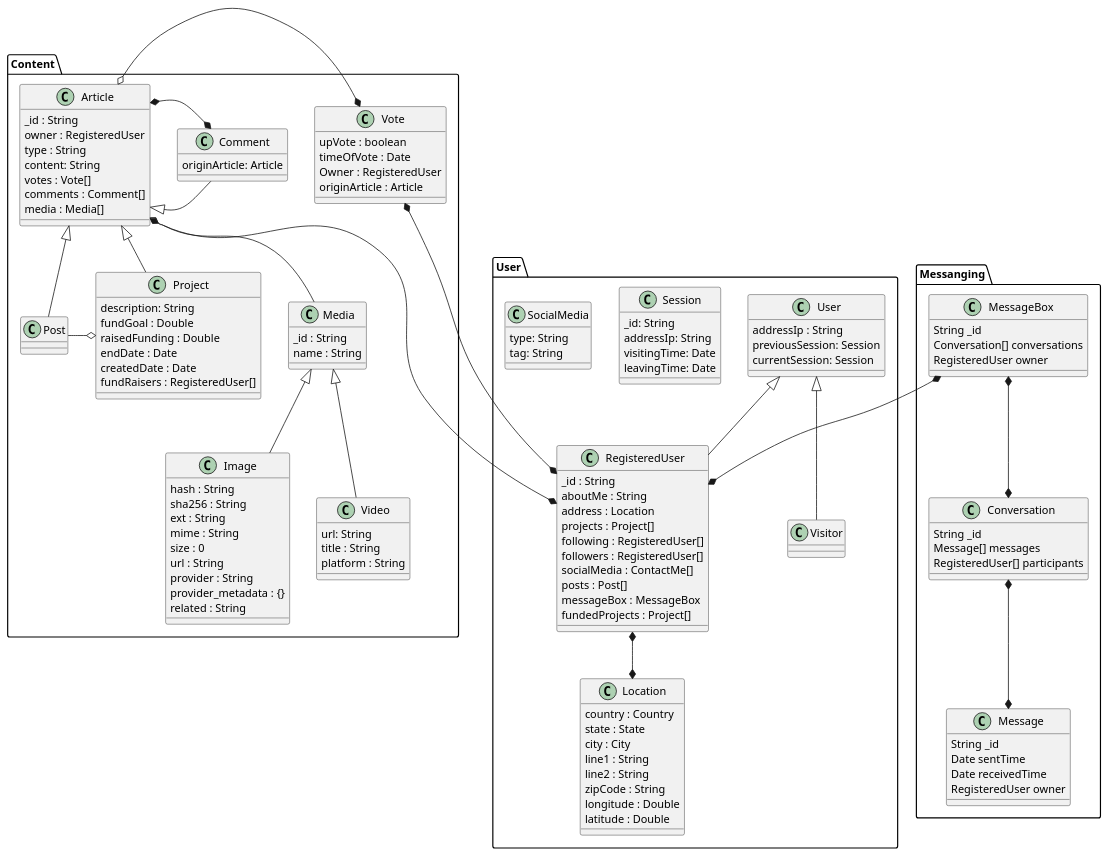
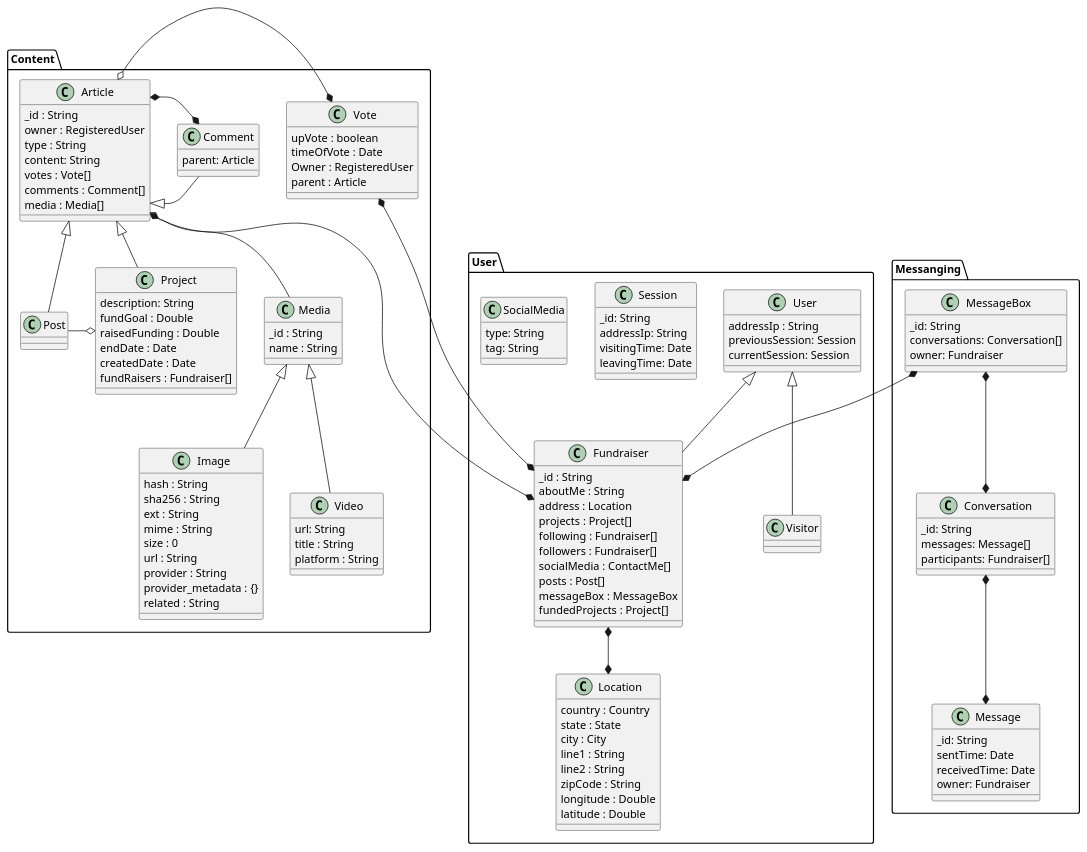
The diagram in Conception/Diagrams/plantUml/Class Diagrams/User.puml (mlnomadpy/Sahem), drawn with PlantUML before and after one commit. The commit also changed 30 other files, not shown here.

Commit message:
exported diagrams in out/conception

```diff
--- a/Conception/Diagrams/plantUml/Class Diagrams/User.puml
+++ b/Conception/Diagrams/plantUml/Class Diagrams/User.puml
@@ -1,144 +1,144 @@
 @startuml User
 
 
 package Content{
     class Post extends Article{
     }
     class Vote{
         upVote : boolean
-        timeOfVote : Date 
+        timeOfVote : Date
         Owner : RegisteredUser
-        originArticle : Article
+        parent : Article
     }
     class Project extends Article{
         description: String
         fundGoal : Double
         raisedFunding : Double
         endDate : Date
         createdDate : Date
-        fundRaisers : RegisteredUser[]
+        fundRaisers : Fundraiser[]
     }
 
     class Comment extends Article{
-        originArticle: Article
+        parent: Article
     }
     class Article{
         _id : String
         owner : RegisteredUser
         type : String
         content: String
         votes : Vote[]
         comments : Comment[]
         media : Media[]
     }
     class Media{
         _id : String
         name : String
 
 
     }
     class Image extends Media{
         hash : String
         sha256 : String
         ext : String
         mime : String
         size : 0
         url : String
         provider : String
         provider_metadata : {}
         related : String
 
     }
     class Video extends Media{
         url: String
         title : String
         platform : String
     }
     Article o-* Vote
     Article *-right-* Comment
     Project o-left- Post
     Article o-- Media
 
 }
 package Messanging {
 
     class MessageBox{
-        String _id
-        Conversation[] conversations
-        RegisteredUser owner
+        _id: String
+        conversations: Conversation[]
+        owner: Fundraiser
     }
     class Conversation{
-        String _id
-        Message[] messages
-        RegisteredUser[] participants
+        _id: String
+        messages: Message[]
+        participants: Fundraiser[]
     }
     class Message{
-        String _id
-        Date sentTime
-        Date receivedTime
-        RegisteredUser owner
+        _id: String 
+        sentTime: Date 
+        receivedTime: Date 
+        owner: Fundraiser
     }
 
 
 }
 
 package User{
 
     class User {
         addressIp : String
         previousSession: Session
         currentSession: Session
     }
 
     class Session{
         _id: String
         addressIp: String
         visitingTime: Date
         leavingTime: Date
     }
 
-    class RegisteredUser extends User{
+    class Fundraiser extends User{
         _id : String
         aboutMe : String
         address : Location
         projects : Project[]
-        following : RegisteredUser[]
-        followers : RegisteredUser[]
+        following : Fundraiser[]
+        followers : Fundraiser[]
         socialMedia : ContactMe[]
         posts : Post[]
         messageBox : MessageBox
         fundedProjects : Project[]
 
     }
     class Visitor extends User{
     }
     class Location{
         country : Country
         state : State
         city : City
         line1 : String
         line2 : String
         zipCode : String
         longitude : Double
         latitude : Double
     }
     class SocialMedia{
         type: String
         tag: String
     }
 }
 
 
 
-MessageBox  *--*  RegisteredUser
+MessageBox  *--*  Fundraiser
 
-Article  *--*  RegisteredUser
+Article  *--*  Fundraiser
 
-RegisteredUser *--* Location
-Vote  *---*  RegisteredUser
+Fundraiser *--* Location
+Vote  *---*  Fundraiser
 
 MessageBox  *-down-*  Conversation
 Message  *-up-*  Conversation
 
 
 @enduml
```
